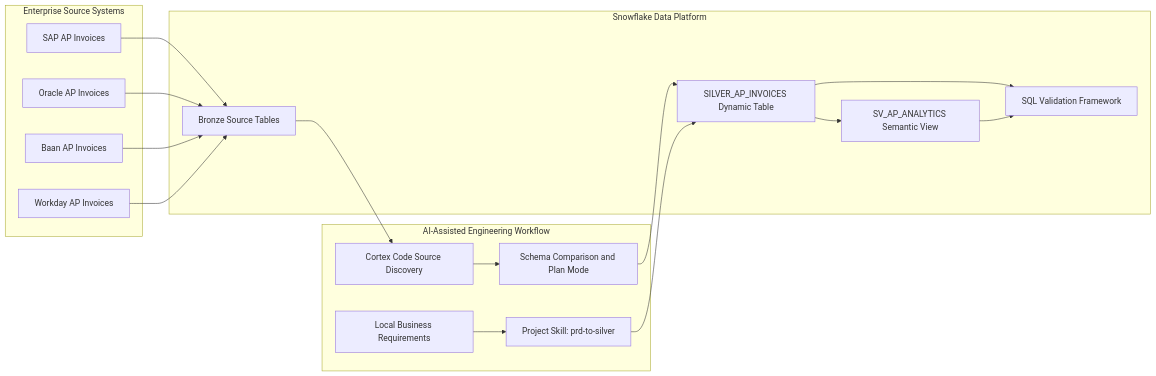
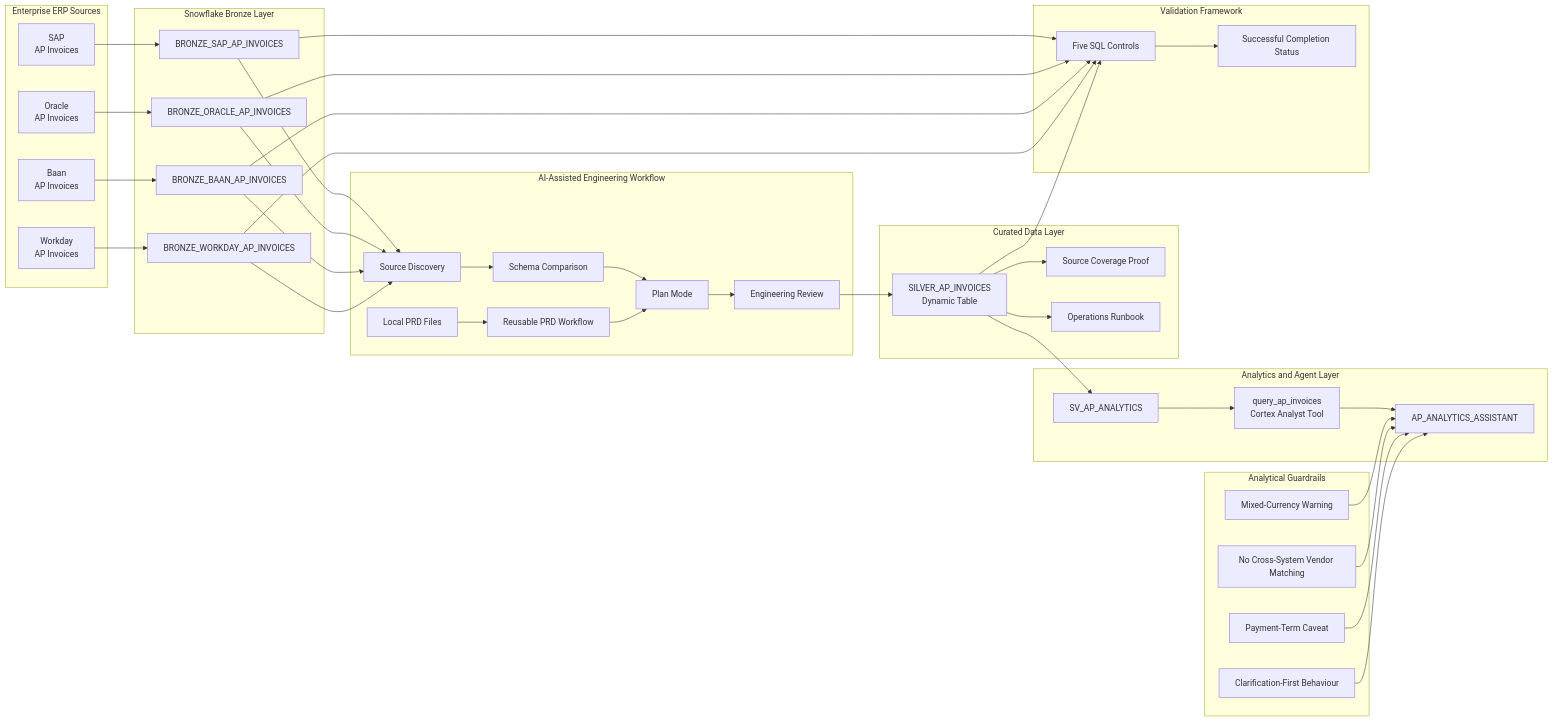
One commit to MonsAbdul/snowflake-coco-ai-data-pipeline changed the diagram in README.md. Above: the diagram before and after it, drawn with Mermaid. The commit also changed other lines of this file, not shown here.

````diff
--- a/README.md
+++ b/README.md
@@ -67,39 +170,85 @@
 ```mermaid
 flowchart LR
-    subgraph Sources["Enterprise Source Systems"]
-        SAP[SAP AP Invoices]
-        ORA[Oracle AP Invoices]
-        BAAN[Baan AP Invoices]
-        WD[Workday AP Invoices]
+    subgraph Sources["Enterprise ERP Sources"]
+        SAP[SAP<br/>AP Invoices]
+        ORACLE[Oracle<br/>AP Invoices]
+        BAAN[Baan<br/>AP Invoices]
+        WORKDAY[Workday<br/>AP Invoices]
     end
 
-    subgraph Engineering["AI-Assisted Engineering Workflow"]
-        DISC[Cortex Code Source Discovery]
-        PLAN[Schema Comparison and Plan Mode]
-        PRD[Local Business Requirements]
-        SKILL[Project Skill: prd-to-silver]
+    subgraph Bronze["Snowflake Bronze Layer"]
+        BSAP[BRONZE_SAP_AP_INVOICES]
+        BORA[BRONZE_ORACLE_AP_INVOICES]
+        BBAAN[BRONZE_BAAN_AP_INVOICES]
+        BWD[BRONZE_WORKDAY_AP_INVOICES]
     end
 
-    subgraph Snowflake["Snowflake Data Platform"]
-        BRONZE[Bronze Source Tables]
-        SILVER[SILVER_AP_INVOICES Dynamic Table]
-        SEMANTIC[SV_AP_ANALYTICS Semantic View]
-        VALIDATE[SQL Validation Framework]
+    subgraph AIWorkflow["AI-Assisted Engineering Workflow"]
+        DISCOVERY[Source Discovery]
+        COMPARE[Schema Comparison]
+        PLAN[Plan Mode]
+        PRD[Local PRD Files]
+        SKILL[Reusable PRD Workflow]
+        REVIEW[Engineering Review]
     end
 
-    SAP --> BRONZE
-    ORA --> BRONZE
-    BAAN --> BRONZE
-    WD --> BRONZE
+    subgraph Curated["Curated Data Layer"]
+        SILVER[SILVER_AP_INVOICES<br/>Dynamic Table]
+        PROOF[Source Coverage Proof]
+        RUNBOOK[Operations Runbook]
+    end
 
-    BRONZE --> DISC
-    DISC --> PLAN
-    PLAN --> SILVER
+    subgraph Intelligence["Analytics and Agent Layer"]
+        SEMANTIC[SV_AP_ANALYTICS]
+        AGENT[AP_ANALYTICS_ASSISTANT]
+        TOOL[query_ap_invoices<br/>Cortex Analyst Tool]
+    end
 
+    subgraph Governance["Analytical Guardrails"]
+        FX[Mixed-Currency Warning]
+        VENDOR[No Cross-System Vendor Matching]
+        TERMS[Payment-Term Caveat]
+        CLARIFY[Clarification-First Behaviour]
+    end
+
+    subgraph Validation["Validation Framework"]
+        CHECKS[Five SQL Controls]
+        STATUS[Successful Completion Status]
+    end
+
+    SAP --> BSAP
+    ORACLE --> BORA
+    BAAN --> BBAAN
+    WORKDAY --> BWD
+
+    BSAP --> DISCOVERY
+    BORA --> DISCOVERY
+    BBAAN --> DISCOVERY
+    BWD --> DISCOVERY
+
+    DISCOVERY --> COMPARE
+    COMPARE --> PLAN
     PRD --> SKILL
-    SKILL --> SILVER
+    SKILL --> PLAN
+    PLAN --> REVIEW
+
+    REVIEW --> SILVER
+    SILVER --> PROOF
+    SILVER --> RUNBOOK
 
     SILVER --> SEMANTIC
-    SILVER --> VALIDATE
-    SEMANTIC --> VALIDATE
+    SEMANTIC --> TOOL
+    TOOL --> AGENT
+
+    FX --> AGENT
+    VENDOR --> AGENT
+    TERMS --> AGENT
+    CLARIFY --> AGENT
+
+    BSAP --> CHECKS
+    BORA --> CHECKS
+    BBAAN --> CHECKS
+    BWD --> CHECKS
+    SILVER --> CHECKS
+    CHECKS --> STATUS
 ```
````
